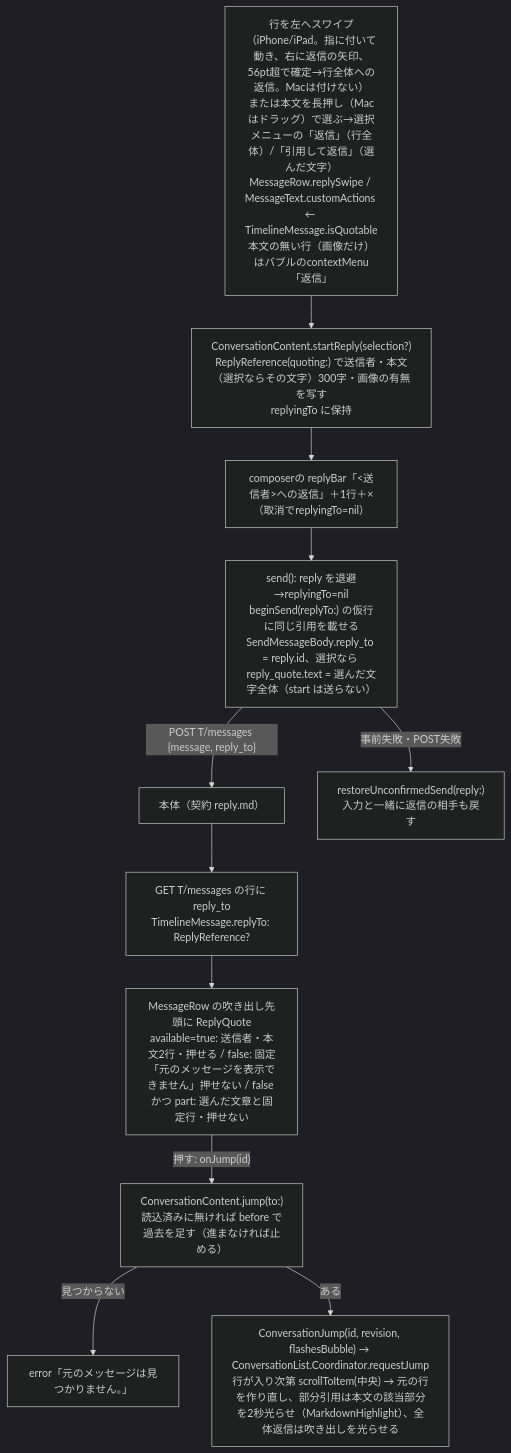
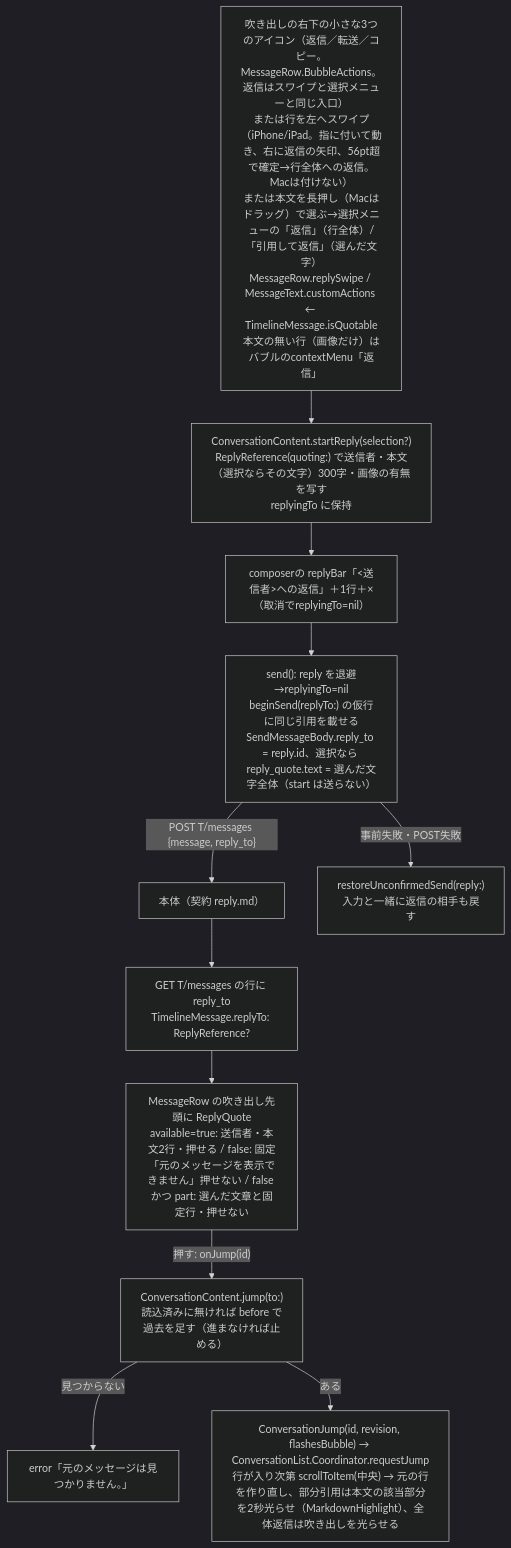
Before and after one commit to kitepon/BellTeam: the sixth of 9 diagrams in docs/architecture/modules/apple/conversation.md, drawn with Mermaid (dark theme). The commit also changed other lines of this file and 2 other files, not shown here.

First line of the commit message:
Apple: small reply, forward and copy icons under each message bubble (a301)

````diff
--- a/docs/architecture/modules/apple/conversation.md
+++ b/docs/architecture/modules/apple/conversation.md
@@ -154,13 +154,13 @@
 ```mermaid
 flowchart TD
-  Pick["行を左へスワイプ（iPhone/iPad。指に付いて動き、右に返信の矢印、56pt超で確定→行全体への返信。Macは付けない）<br/>または本文を長押し（Macはドラッグ）で選ぶ→選択メニューの「返信」（行全体）/「引用して返信」（選んだ文字）<br/>MessageRow.replySwipe / MessageText.customActions ← TimelineMessage.isQuotable<br/>本文の無い行（画像だけ）はバブルのcontextMenu「返信」"] --> Snap["ConversationContent.startReply(selection?)<br/>ReplyReference(quoting:) で送信者・本文（選択ならその文字）300字・画像の有無を写す<br/>replyingTo に保持"]
+  Pick["吹き出しの右下の小さな3つのアイコン（返信／転送／コピー。MessageRow.BubbleActions。返信はスワイプと選択メニューと同じ入口）<br/>または行を左へスワイプ（iPhone/iPad。指に付いて動き、右に返信の矢印、56pt超で確定→行全体への返信。Macは付けない）<br/>または本文を長押し（Macはドラッグ）で選ぶ→選択メニューの「返信」（行全体）/「引用して返信」（選んだ文字）<br/>MessageRow.replySwipe / MessageText.customActions ← TimelineMessage.isQuotable<br/>本文の無い行（画像だけ）はバブルのcontextMenu「返信」"] --> Snap["ConversationContent.startReply(selection?)<br/>ReplyReference(quoting:) で送信者・本文（選択ならその文字）300字・画像の有無を写す<br/>replyingTo に保持"]
   Snap --> Bar["composerの replyBar「<送信者>への返信」＋1行＋×（取消でreplyingTo=nil）"]
   Bar --> Send["send(): reply を退避→replyingTo=nil<br/>beginSend(replyTo:) の仮行に同じ引用を載せる<br/>SendMessageBody.reply_to = reply.id、選択なら reply_quote.text = 選んだ文字全体（start は送らない）"]
   Send -->|"POST T/messages {message, reply_to}"| Server["本体（契約 reply.md）"]
   Send -->|"事前失敗・POST失敗"| Restore["restoreUnconfirmedSend(reply:)<br/>入力と一緒に返信の相手も戻す"]
   Server --> History["GET T/messages の行に reply_to<br/>TimelineMessage.replyTo: ReplyReference?"]
   History --> Quote["MessageRow の吹き出し先頭に ReplyQuote<br/>available=true: 送信者・本文2行・押せる / false: 固定「元のメッセージを表示できません」押せない / false かつ part: 選んだ文章と固定行・押せない"]
   Quote -->|"押す: onJump(id)"| Jump["ConversationContent.jump(to:)<br/>読込済みに無ければ before で過去を足す（進まなければ止める）"]
   Jump -->|"見つからない"| NotFound["error「元のメッセージは見つかりません。」"]
   Jump -->|"ある"| Scroll["ConversationJump(id, revision, flashesBubble) → ConversationList.Coordinator.requestJump<br/>行が入り次第 scrollToItem(中央) → 元の行を作り直し、部分引用は本文の該当部分を2秒光らせ（MarkdownHighlight）、全体返信は吹き出しを光らせる"]
 ```
````
